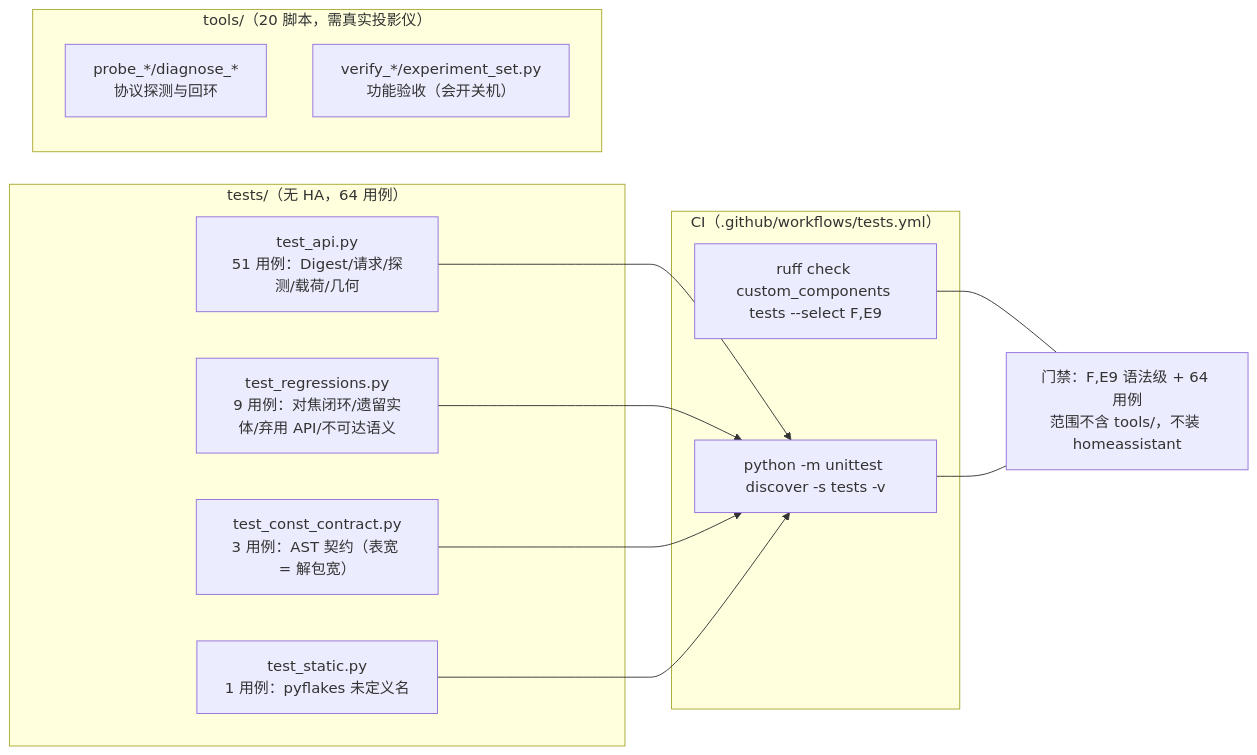
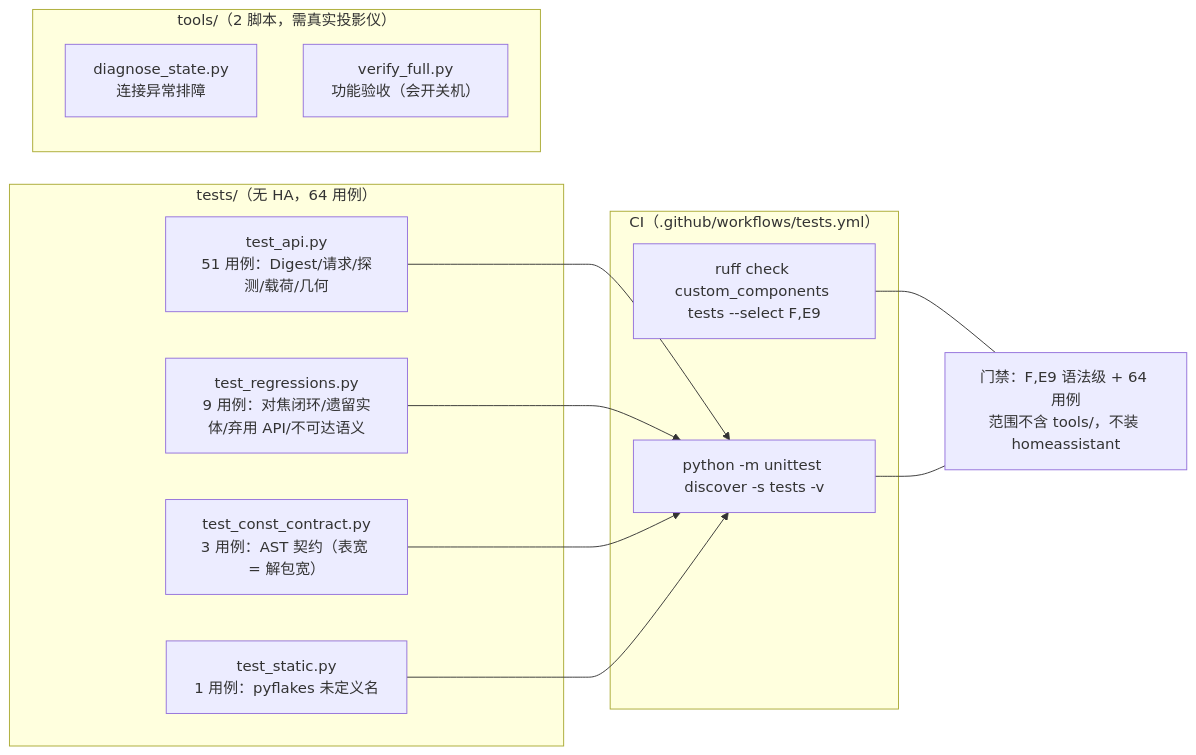
The diagram in docs/architecture/architecture_views/development_view.md (aixmoyu/ha-epson-ef-projector), drawn with Mermaid before and after one commit. The commit also changed other lines of this file and 35 other files, not shown here.

````diff
--- a/docs/architecture/architecture_views/development_view.md
+++ b/docs/architecture/architecture_views/development_view.md
@@ -96,23 +96,23 @@
 ```mermaid
 graph LR
     subgraph 离线单元层 unit["tests/（无 HA，64 用例）"]
         T1["test_api.py<br/>51 用例：Digest/请求/探测/载荷/几何"]
         T2["test_regressions.py<br/>9 用例：对焦闭环/遗留实体/弃用 API/不可达语义"]
         T3["test_const_contract.py<br/>3 用例：AST 契约（表宽 = 解包宽）"]
         T4["test_static.py<br/>1 用例：pyflakes 未定义名"]
     end
-    subgraph 真机层 hw["tools/（20 脚本，需真实投影仪）"]
-        P1["probe_*/diagnose_*<br/>协议探测与回环"]
-        P2["verify_*/experiment_set.py<br/>功能验收（会开关机）"]
+    subgraph 真机层 hw["tools/（2 脚本，需真实投影仪）"]
+        P1["diagnose_state.py<br/>连接异常排障"]
+        P2["verify_full.py<br/>功能验收（会开关机）"]
     end
     subgraph CI["CI（.github/workflows/tests.yml）"]
         C1["ruff check custom_components tests --select F,E9"]
         C2["python -m unittest discover -s tests -v"]
     end
     T1 --> C2
     T2 --> C2
     T3 --> C2
     T4 --> C2
     C1 --- G["门禁：F,E9 语法级 + 64 用例<br/>范围不含 tools/，不装 homeassistant"]
     C2 --- G
 ```
````
